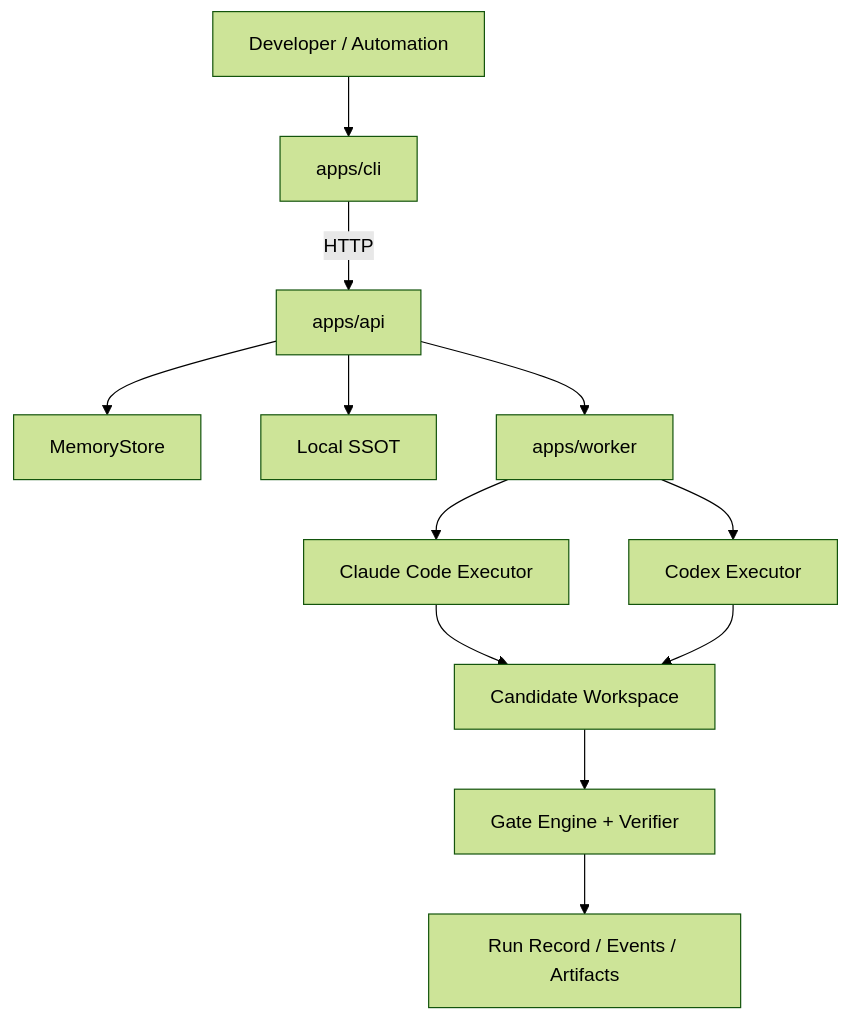
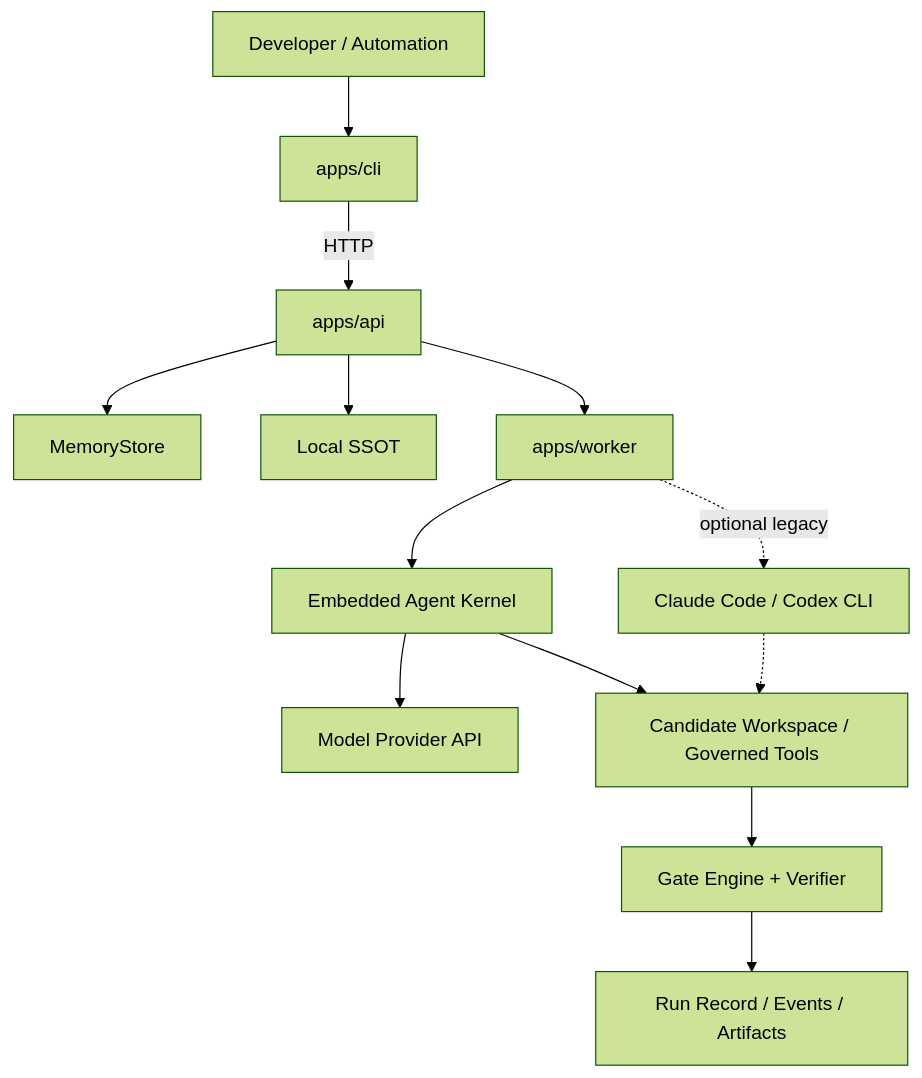
One commit to muniu-ai/muniu changed the first of 2 diagrams in README.md. Above: the diagram before and after it, drawn with Mermaid (forest theme). The commit also changed other lines of this file and 15 other files, not shown here.

Commit message:
docs: document embedded agent independence

````diff
--- a/README.md
+++ b/README.md
@@ -84,14 +84,15 @@
 ```mermaid
 flowchart TD
   user["Developer / Automation"] --> cli["apps/cli"]
   cli -- "HTTP" --> api["apps/api"]
   api --> store["MemoryStore"]
   api --> localstore["Local SSOT"]
   api --> worker["apps/worker"]
-  worker --> claude["Claude Code Executor"]
-  worker --> codex["Codex Executor"]
-  claude --> workspace["Candidate Workspace"]
-  codex --> workspace
+  worker --> kernel["Embedded Agent Kernel"]
+  kernel --> provider["Model Provider API"]
+  kernel --> workspace["Candidate Workspace / Governed Tools"]
+  worker -.->|optional legacy| claude["Claude Code / Codex CLI"]
+  claude -.-> workspace
   workspace --> gates["Gate Engine + Verifier"]
   gates --> audit["Run Record / Events / Artifacts"]
 ```
````
